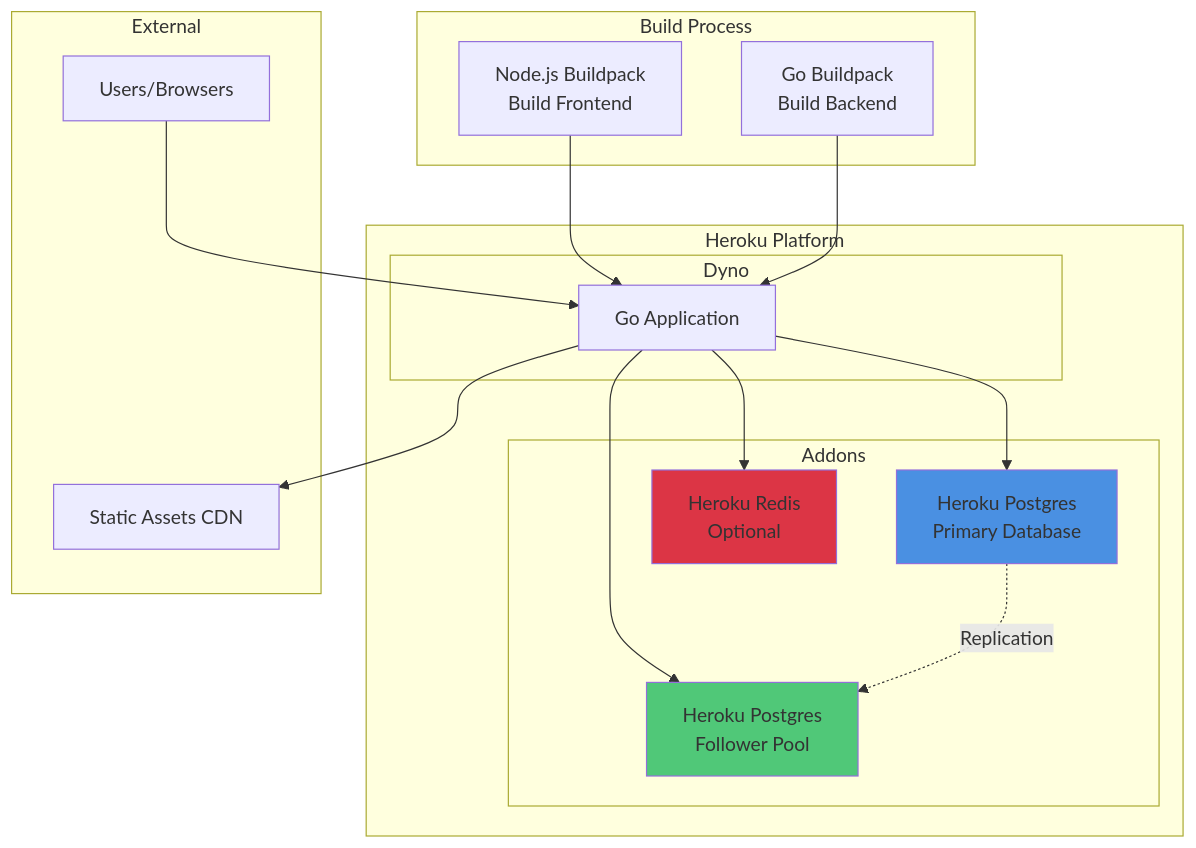
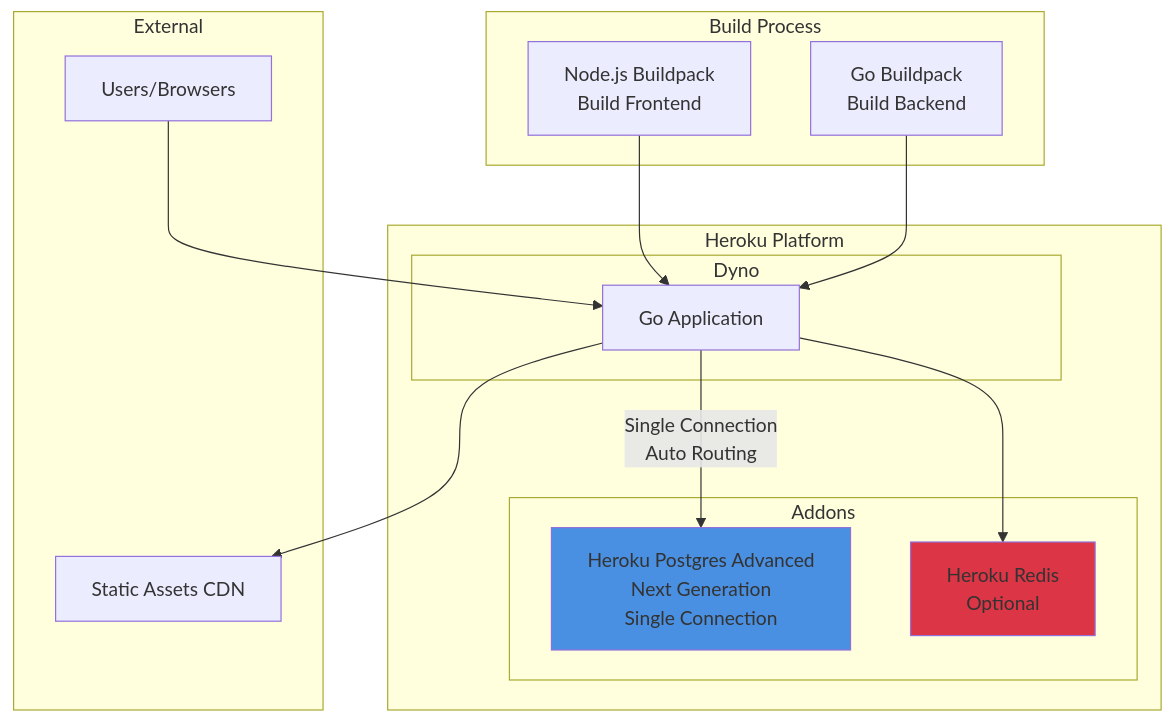
One commit to heroku-examples/saas-go-app changed diagram 17 of 18 in ARCHITECTURE.md. Above: the diagram before and after it, drawn with Mermaid. The commit also changed other lines of this file, not shown here.

````diff
--- a/ARCHITECTURE.md
+++ b/ARCHITECTURE.md
@@ -655,39 +738,34 @@
 ```mermaid
 graph TB
     subgraph "Heroku Platform"
         subgraph "Dyno"
             App[Go Application]
         end
         
         subgraph "Addons"
-            PrimaryAddon[Heroku Postgres<br/>Primary Database]
-            FollowerAddon[Heroku Postgres<br/>Follower Pool]
+            NGPG_Addon[Heroku Postgres Advanced<br/>Next Generation<br/>Single Connection]
             RedisAddon[Heroku Redis<br/>Optional]
         end
     end
     
     subgraph "Build Process"
         Buildpack1[Node.js Buildpack<br/>Build Frontend]
         Buildpack2[Go Buildpack<br/>Build Backend]
     end
     
     subgraph "External"
         Users[Users/Browsers]
         CDN[Static Assets CDN]
     end
     
     Users --> App
-    App --> PrimaryAddon
-    App --> FollowerAddon
+    App -->|Single Connection<br/>Auto Routing| NGPG_Addon
     App --> RedisAddon
     App --> CDN
     
     Buildpack1 --> App
     Buildpack2 --> App
     
-    PrimaryAddon -.->|Replication| FollowerAddon
-    
-    style FollowerAddon fill:#50c878
-    style PrimaryAddon fill:#4a90e2
+    style NGPG_Addon fill:#4a90e2
     style RedisAddon fill:#dc3545
 ```
````
